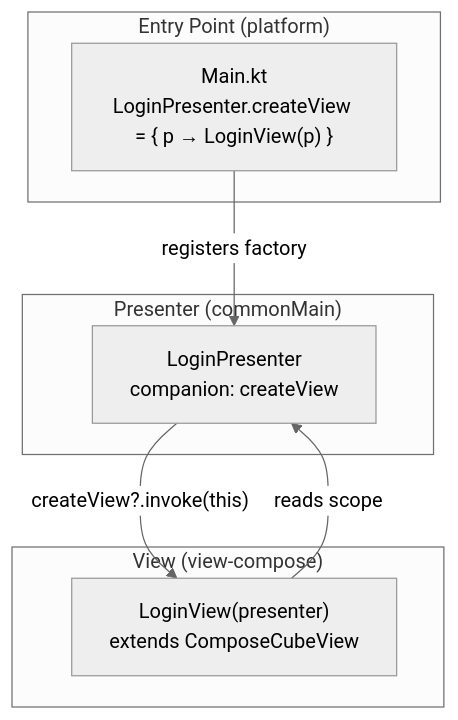
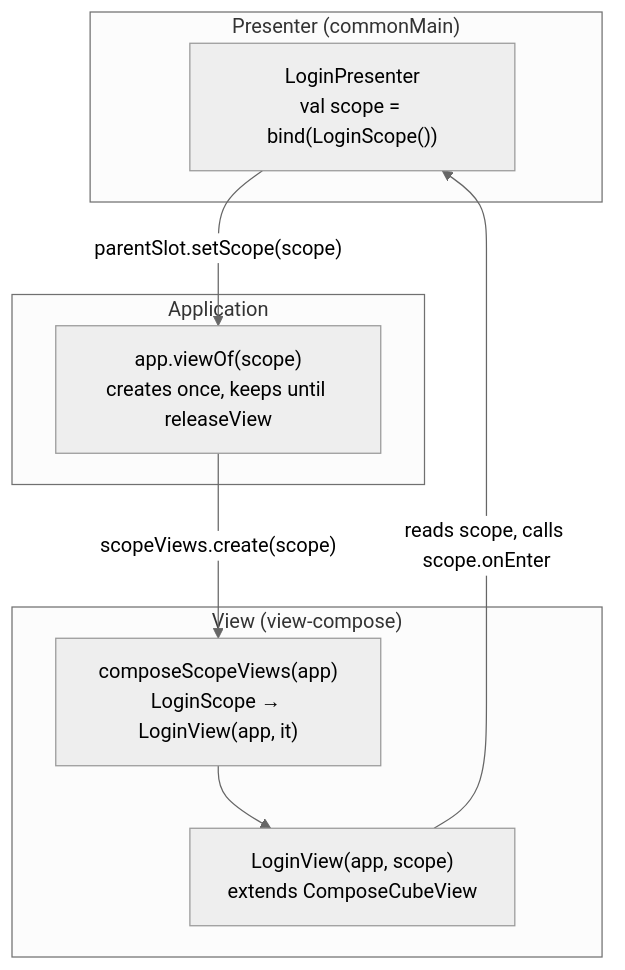
One commit to mrcdom/wdc-cube-kotlin changed the fourth of 9 diagrams in docs/architecture-cube-compose.md. Above: the diagram before and after it, drawn with Mermaid (neutral theme). The commit also changed other lines of this file and 14 other files, not shown here.

````diff
--- a/docs/architecture-cube-compose.md
+++ b/docs/architecture-cube-compose.md
@@ -214,18 +200,20 @@
 ```mermaid
 graph TD
     subgraph "Presenter (commonMain)"
-        LP["LoginPresenter<br/>companion: createView"]
+        LP["LoginPresenter<br/>val scope = bind(LoginScope())"]
     end
 
-    subgraph "Entry Point (platform)"
-        EP["Main.kt<br/>LoginPresenter.createView = { p → LoginView(p) }"]
+    subgraph "Application"
+        APP["app.viewOf(scope)<br/>creates once, keeps until releaseView"]
     end
 
     subgraph "View (view-compose)"
-        LV["LoginView(presenter)<br/>extends ComposeCubeView"]
+        CAT["composeScopeViews(app)<br/>LoginScope → LoginView(app, it)"]
+        LV["LoginView(app, scope)<br/>extends ComposeCubeView"]
     end
 
-    EP -->|registers factory| LP
-    LP -->|"createView?.invoke(this)"| LV
-    LV -->|"reads scope"| LP
+    LP -->|"parentSlot.setScope(scope)"| APP
+    APP -->|"scopeViews.create(scope)"| CAT
+    CAT --> LV
+    LV -->|"reads scope, calls scope.onEnter"| LP
 ```
````
